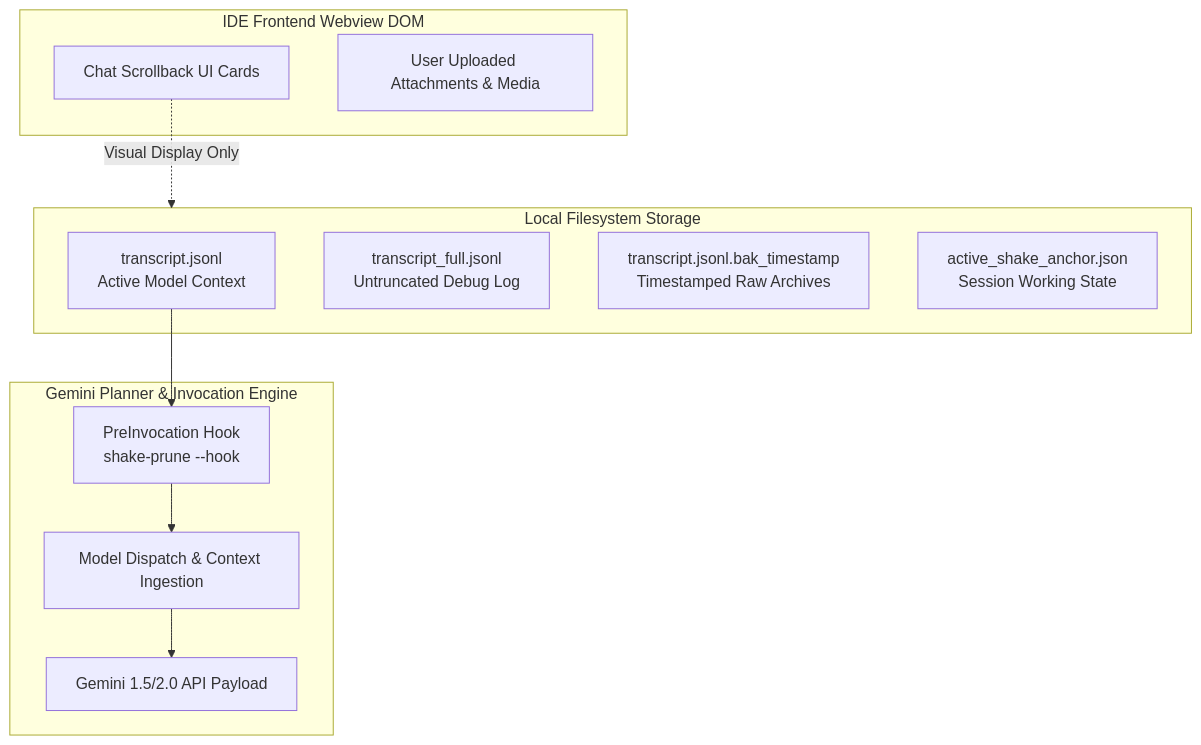
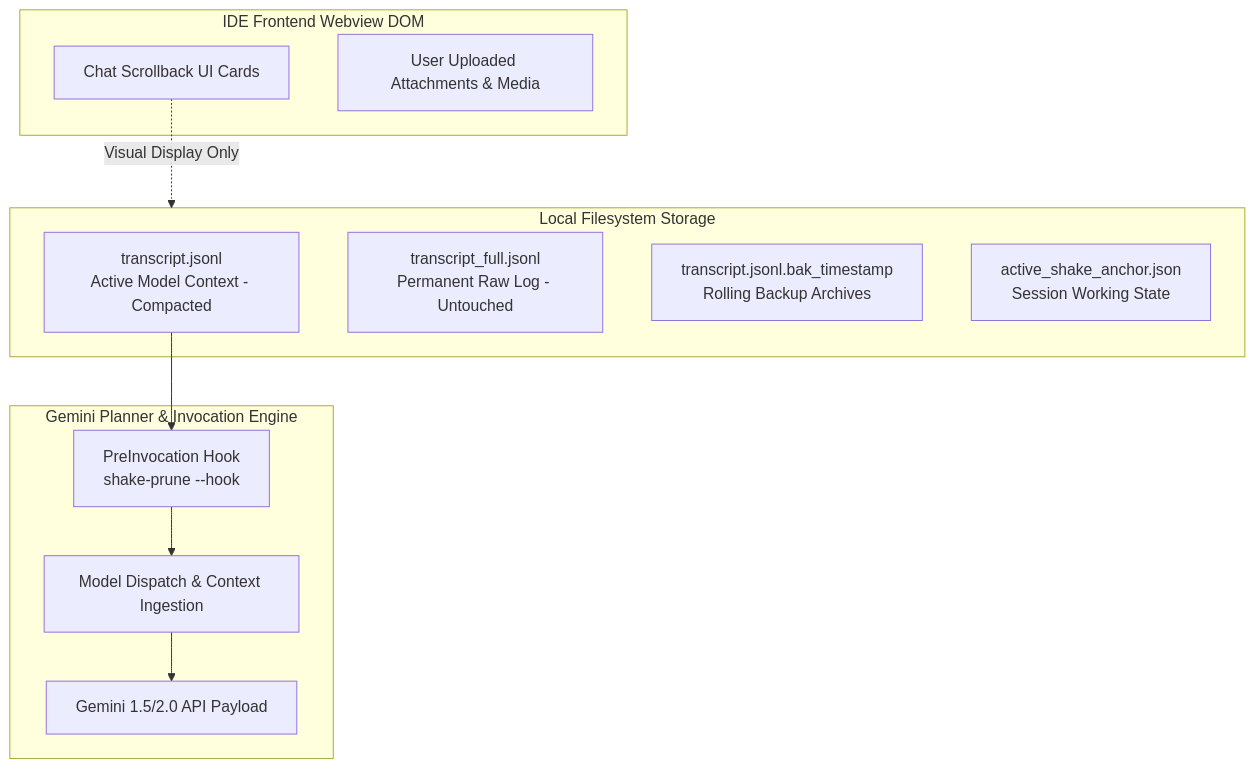
One commit to shitan198u/antigravity-shake-skill changed the diagram in references/antigravity_lifecycle.md. Above: the diagram before and after it, drawn with Mermaid. The commit also changed other lines of this file and 6 other files, not shown here.

````diff
--- a/references/antigravity_lifecycle.md
+++ b/references/antigravity_lifecycle.md
@@ -11,25 +11,25 @@
 ```mermaid
 flowchart TD
     subgraph Frontend [IDE Frontend Webview DOM]
         UI[Chat Scrollback UI Cards]
         UIAttach[User Uploaded Attachments & Media]
     end
 
     subgraph Storage [Local Filesystem Storage]
-        T_JSONL[transcript.jsonl<br/>Active Model Context]
-        TF_JSONL[transcript_full.jsonl<br/>Untruncated Debug Log]
-        BAK_JSONL[transcript.jsonl.bak_timestamp<br/>Timestamped Raw Archives]
+        T_JSONL[transcript.jsonl<br/>Active Model Context - Compacted]
+        TF_JSONL[transcript_full.jsonl<br/>Permanent Raw Log - Untouched]
+        BAK_JSONL[transcript.jsonl.bak_timestamp<br/>Rolling Backup Archives]
         ANCHOR[active_shake_anchor.json<br/>Session Working State]
     end
 
     subgraph Backend [Gemini Planner & Invocation Engine]
         HOOK[PreInvocation Hook<br/>shake-prune --hook]
         PLANNER[Model Dispatch & Context Ingestion]
         API[Gemini 1.5/2.0 API Payload]
     end
 
     UI -. Visual Display Only .-> Storage
     T_JSONL --> HOOK
     HOOK --> PLANNER
     PLANNER --> API
 ```
````
